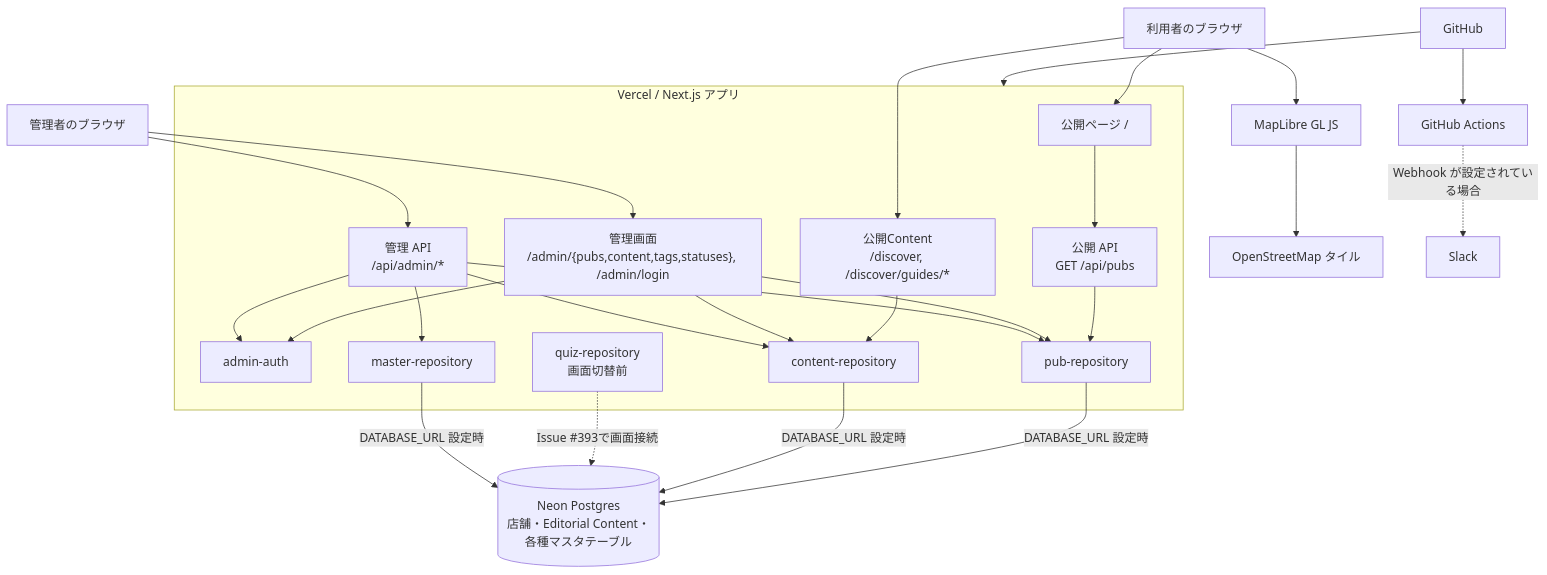
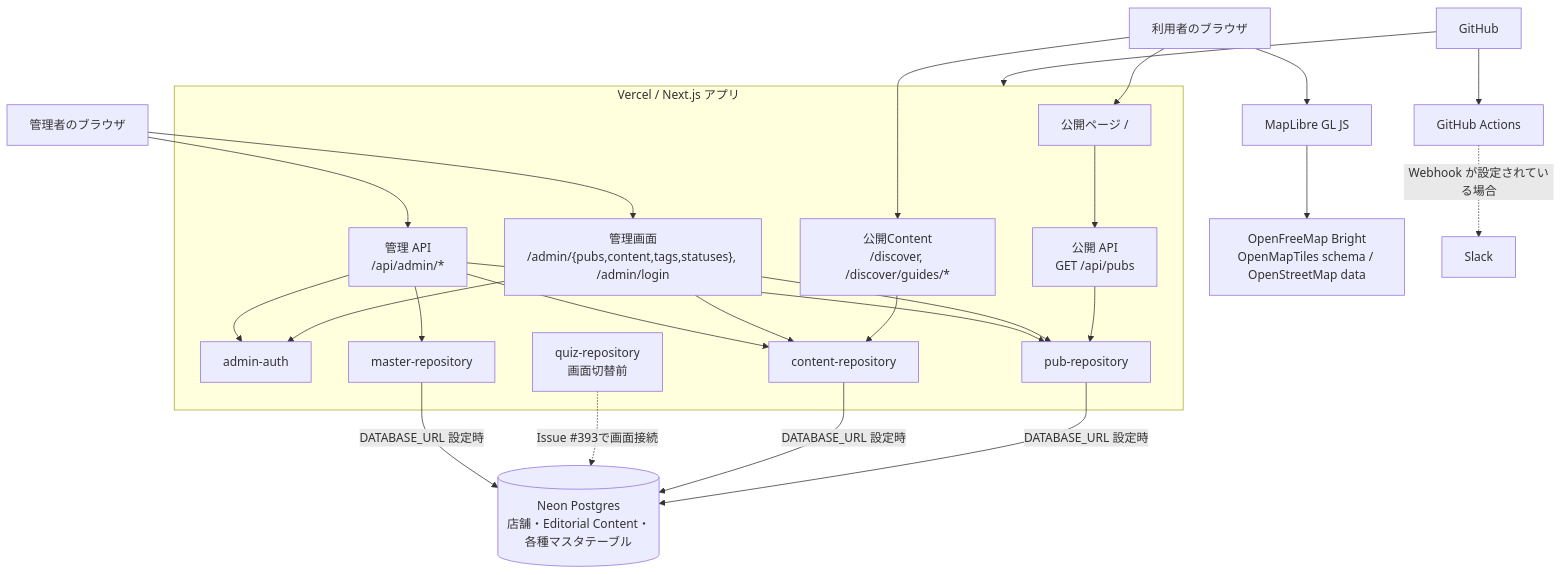
Before and after one commit to yusukefr/irishpub-map: the diagram in docs/architecture/system-overview.md, drawn with Mermaid. The commit also changed other lines of this file and 9 other files, not shown here.

````diff
--- a/docs/architecture/system-overview.md
+++ b/docs/architecture/system-overview.md
@@ -7,52 +7,52 @@
 ```mermaid
 flowchart TB
   visitor[利用者のブラウザ]
   administrator[管理者のブラウザ]
   maplibre[MapLibre GL JS]
-  osm[OpenStreetMap タイル]
+  mapProvider[OpenFreeMap Bright<br/>OpenMapTiles schema / OpenStreetMap data]
   github[GitHub]
   actions[GitHub Actions]
   slack[Slack]
 
   subgraph vercel[Vercel / Next.js アプリ]
     publicPage["公開ページ /"]
     contentPage["公開Content<br/>/discover, /discover/guides/*"]
     publicApi["公開 API<br/>GET /api/pubs"]
     adminPage["管理画面<br/>/admin/{pubs,content,tags,statuses}, /admin/login"]
     adminApi["管理 API<br/>/api/admin/*"]
     auth[admin-auth]
     repository[pub-repository]
     contentRepository[content-repository]
     quizRepository[quiz-repository<br/>画面切替前]
     masterRepository[master-repository]
   end
 
   neon[(Neon Postgres<br/>店舗・Editorial Content・各種マスタテーブル)]
 
   visitor --> publicPage
   visitor --> contentPage
   publicPage --> publicApi
   contentPage --> contentRepository
   publicApi --> repository
   visitor --> maplibre
-  maplibre --> osm
+  maplibre --> mapProvider
 
   administrator --> adminPage
   administrator --> adminApi
   adminPage --> auth
   adminPage --> repository
   adminPage --> contentRepository
   adminApi --> auth
   adminApi --> repository
   adminApi --> contentRepository
   adminApi --> masterRepository
 
   repository -->|"DATABASE_URL 設定時"| neon
   contentRepository -->|"DATABASE_URL 設定時"| neon
   quizRepository -.->|"Issue #393で画面接続"| neon
   masterRepository -->|"DATABASE_URL 設定時"| neon
 
   github --> actions
   github --> vercel
   actions -.->|"Webhook が設定されている場合"| slack
 ```
````
